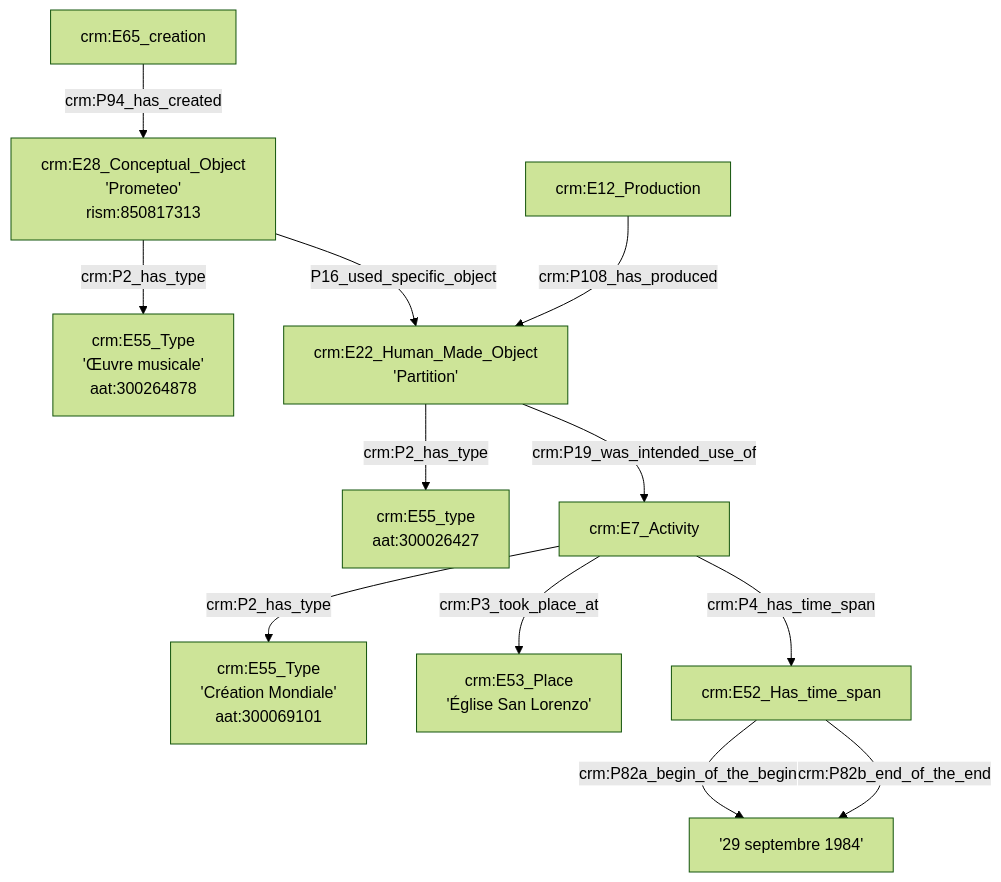
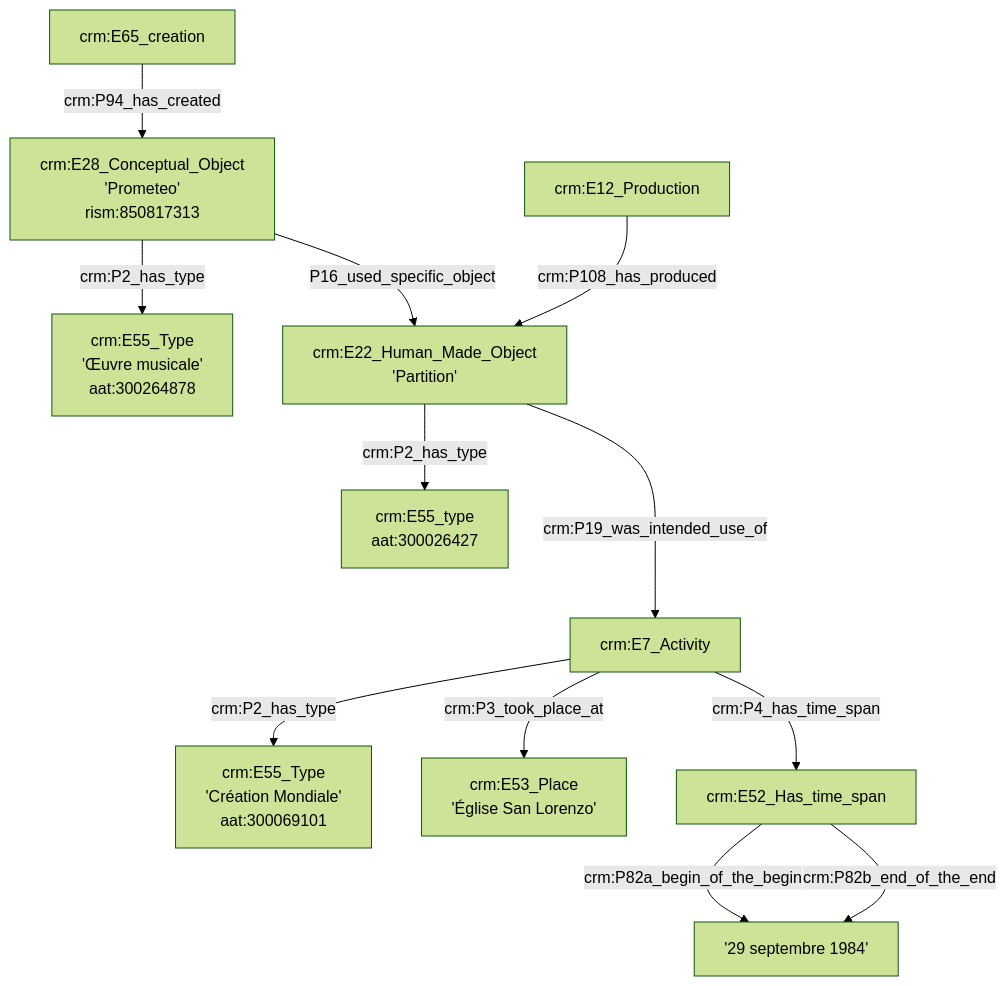
The second of 5 diagrams in Exemple1.md (GusBraud/OntoMatchGameGus), drawn with Mermaid (forest theme) before and after one commit. The commit also changed other lines of this file, not shown here.

````diff
--- a/Exemple1.md
+++ b/Exemple1.md
@@ -19,17 +19,17 @@
 ```mermaid
 graph TD;
 
 D[crm:E65_creation] --> |crm:P94_has_created| E[crm:E28_Conceptual_Object<br>'Prometeo'<br>rism:850817313]
 E[crm:E28_Conceptual_Object<br>'Prometeo'<br>rism:850817313] --> |crm:P2_has_type| F[crm:E55_Type<br>'Œuvre musicale'<br>aat:300264878]
 L[crm:E22_Human_Made_Object<br>'Partition'] --> |crm:P2_has_type| M[crm:E55_type<br>aat:300026427]
 E[crm:E28_Conceptual_Object<br>'Prometeo'<br>rism:850817313] --> |P16_used_specific_object| L[crm:E22_Human_Made_Object<br>'Partition']
 N[crm:E12_Production] --> |crm:P108_has_produced| L[crm:E22_Human_Made_Object<br>'Partition']
-L[crm:E22_Human_Made_Object<br>'Partition'] --> |crm:P19_was_intended_use_of| G[crm:E7_Activity]
+L[crm:E22_Human_Made_Object<br>'Partition'] ---> |crm:P19_was_intended_use_of| G[crm:E7_Activity]
 
 G[crm:E7_Activity] --> |crm:P2_has_type| H[crm:E55_Type<br>'Création Mondiale'<br>aat:300069101]
 G[crm:E7_Activity] --> |crm:P3_took_place_at| I[crm:E53_Place<br>'Église San Lorenzo']
 G[crm:E7_Activity] --> |crm:P4_has_time_span| J[crm:E52_Time_span]
 J[crm:E52_Has_time_span] --> |crm:P82a_begin_of_the_begin| K['29 septembre 1984']
 J[crm:E52_Has_time_span] --> |crm:P82b_end_of_the_end| K['29 septembre 1984']
 
 ```
````
